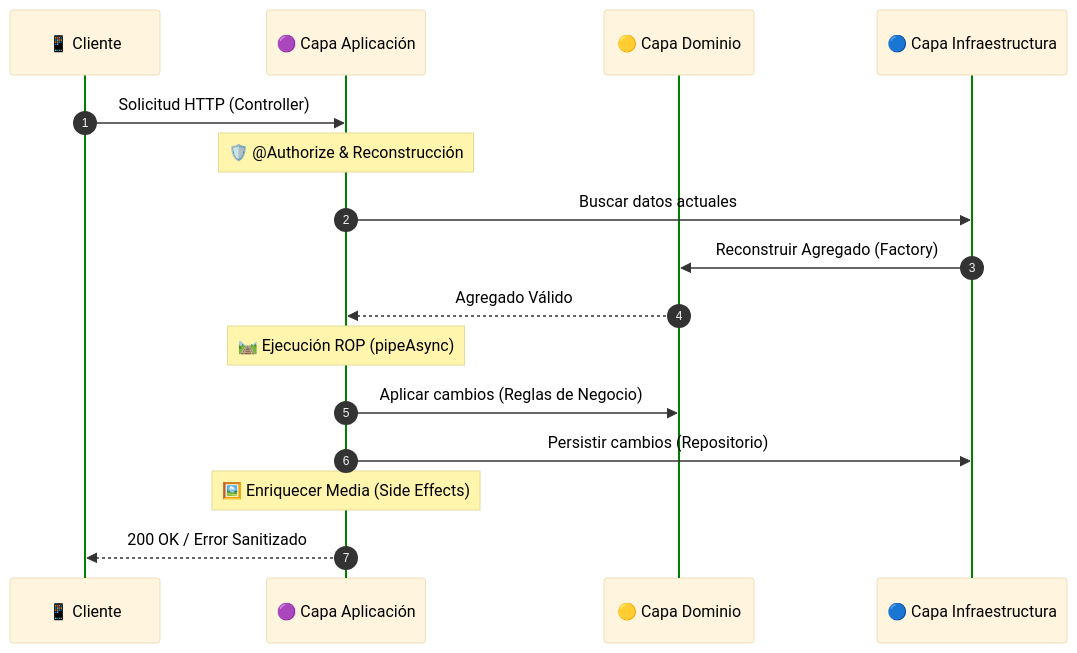
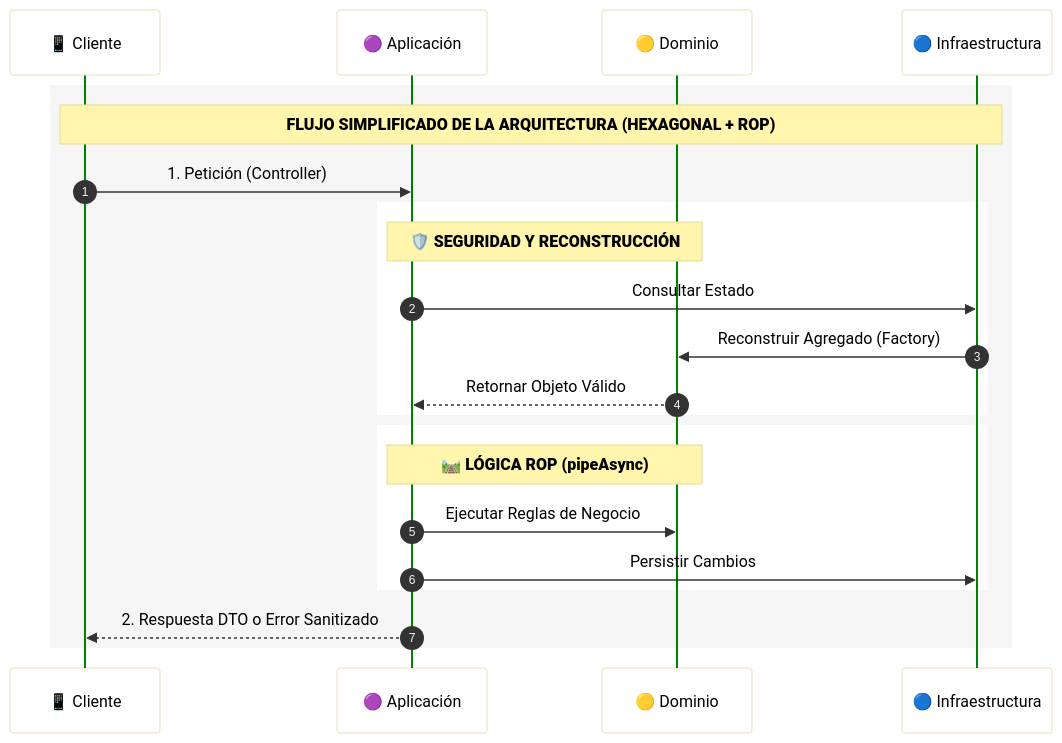
Before and after one commit to Franku03/quizzy-backend: the first of 2 diagrams in README.md, drawn with Mermaid. The commit also changed other lines of this file, not shown here.

````diff
--- a/README.md
+++ b/README.md
@@ -130,25 +223,43 @@
 ```mermaid
-%%{init: { 'theme': 'base', 'themeVariables': { 'actorLineColor': '#008000', 'actorTextColor': '#000000', 'noteTextColor': '#000000', 'signalTextColor': '#000000' }}}%%
+%%{init: { 
+  'theme': 'base', 
+  'themeVariables': { 
+    'actorLineColor': '#008000',
+    'actorTextColor': '#000000', 
+    'actorFontWeight': '900', 
+    'noteTextColor': '#000000', 
+    'noteFontWeight': '900', 
+    'signalTextColor': '#000000', 
+    'signalFontWeight': '900',
+    'mainBkg': '#FFFFFF'
+  }
+}}%%
 sequenceDiagram
     autonumber
     
     participant Client as 📱 Cliente
-    participant App as 🟣 Capa Aplicación
-    participant Domain as 🟡 Capa Dominio
-    participant Infra as 🔵 Capa Infraestructura
+    participant App as 🟣 Aplicación
+    participant Domain as 🟡 Dominio
+    participant Infra as 🔵 Infraestructura
 
-    Client->>App: Solicitud HTTP (Controller)
-    
-    Note over App: 🛡️ @Authorize & Reconstrucción
-    App->>Infra: Buscar datos actuales
-    Infra->>Domain: Reconstruir Agregado (Factory)
-    Domain-->>App: Agregado Válido
-    
-    Note over App: 🛤️ Ejecución ROP (pipeAsync)
-    App->>Domain: Aplicar cambios (Reglas de Negocio)
-    App->>Infra: Persistir cambios (Repositorio)
-    
-    Note over App: 🖼️ Enriquecer Media (Side Effects)
-    
-    App-->>Client: 200 OK / Error Sanitizado
+    rect rgb(245, 245, 245)
+        Note over Client, Infra: FLUJO SIMPLIFICADO DE LA ARQUITECTURA (HEXAGONAL + ROP)
+        
+        Client->>App: 1. Petición (Controller)
+        
+        rect rgb(255, 255, 255)
+            Note over App, Domain: 🛡️ SEGURIDAD Y RECONSTRUCCIÓN
+            App->>Infra: Consultar Estado
+            Infra->>Domain: Reconstruir Agregado (Factory)
+            Domain-->>App: Retornar Objeto Válido
+        end
+
+        rect rgb(255, 255, 255)
+            Note over App, Domain: 🛤️ LÓGICA ROP (pipeAsync)
+            App->>Domain: Ejecutar Reglas de Negocio
+            App->>Infra: Persistir Cambios
+        end
+
+        App-->>Client: 2. Respuesta DTO o Error Sanitizado
+    end
 ```
````
